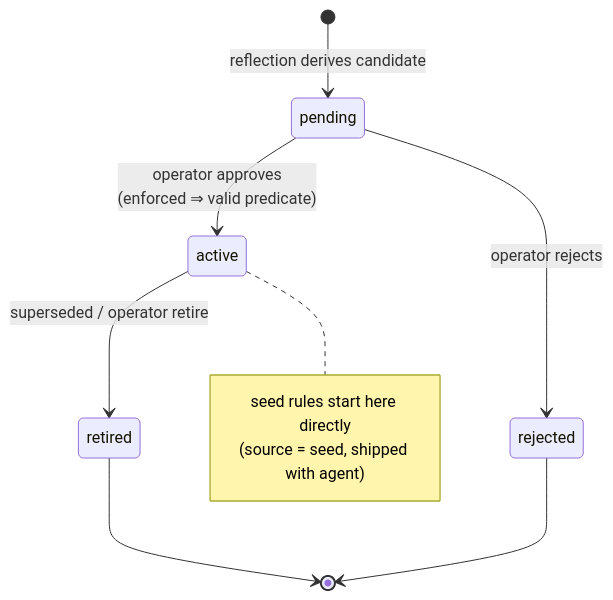
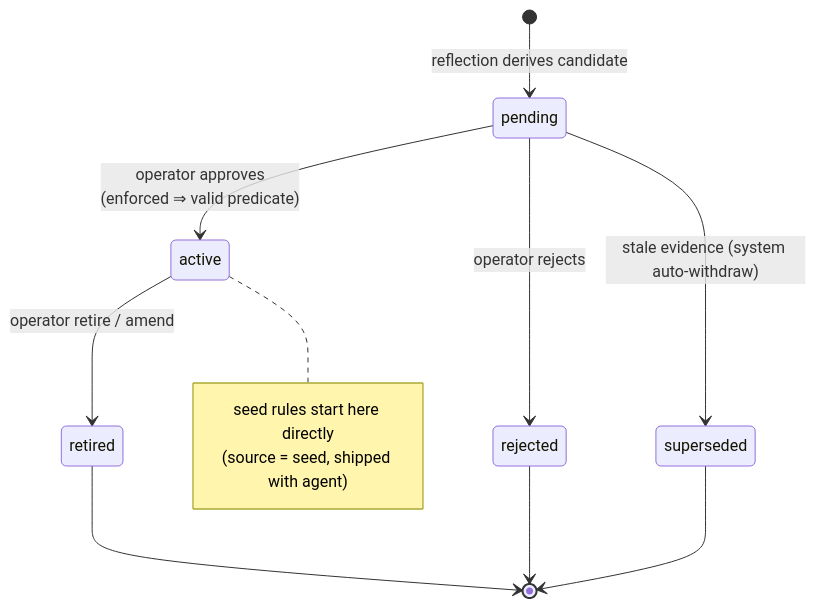
The fifth of 6 diagrams in backend/agents/agent_cognition/DESIGN.md (brandonkindred/Khala-Agentic-AI-Teams), drawn with Mermaid before and after one commit. The commit also changed other lines of this file and 1 other file, not shown here.

First line of the commit message:
Address review round 5: execution-level idempotency, cognition envelope, superseded proposal state

````diff
--- a/backend/agents/agent_cognition/DESIGN.md
+++ b/backend/agents/agent_cognition/DESIGN.md
@@ -288,13 +305,15 @@
 ```mermaid
 stateDiagram-v2
   [*] --> pending: reflection derives candidate
   pending --> active: operator approves<br/>(enforced ⇒ valid predicate)
   pending --> rejected: operator rejects
-  active --> retired: superseded / operator retire
+  pending --> superseded: stale evidence (system auto-withdraw)
+  active --> retired: operator retire / amend
   rejected --> [*]
+  superseded --> [*]
   retired --> [*]
   note right of active
     seed rules start here directly
     (source = seed, shipped with agent)
   end note
 ```
````
